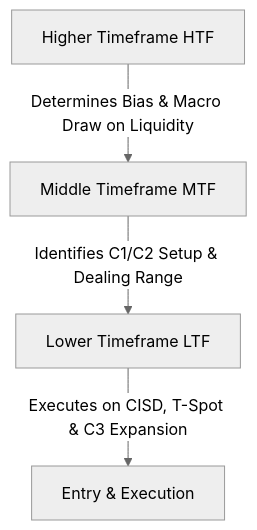
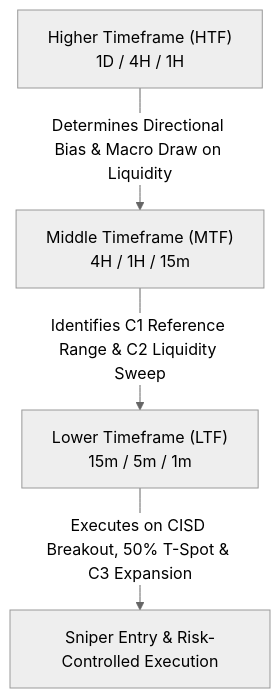
Before and after one commit to DanielKinnito/trading: the diagram in docs/curriculum/05_timeframe_alignment.md, drawn with Mermaid (neutral theme). The commit also changed other lines of this file and 32 other files, not shown here.

Commit message:
feat(docs): overhaul documentation website with photorealistic charts, modern ttrades-inspired design, and zero ASCII art

````diff
--- a/docs/curriculum/05_timeframe_alignment.md
+++ b/docs/curriculum/05_timeframe_alignment.md
@@ -11,6 +11,6 @@
 ```mermaid
 graph TD
-    A[Higher Timeframe HTF] -->|Determines Bias & Macro Draw on Liquidity| B[Middle Timeframe MTF]
-    B -->|Identifies C1/C2 Setup & Dealing Range| C[Lower Timeframe LTF]
-    C -->|Executes on CISD, T-Spot & C3 Expansion| D[Entry & Execution]
+    A["Higher Timeframe (HTF)<br/>1D / 4H / 1H"] -->|Determines Directional Bias & Macro Draw on Liquidity| B["Middle Timeframe (MTF)<br/>4H / 1H / 15m"]
+    B -->|Identifies C1 Reference Range & C2 Liquidity Sweep| C["Lower Timeframe (LTF)<br/>15m / 5m / 1m"]
+    C -->|Executes on CISD Breakout, 50% T-Spot & C3 Expansion| D["Sniper Entry & Risk-Controlled Execution"]
 ```
````
